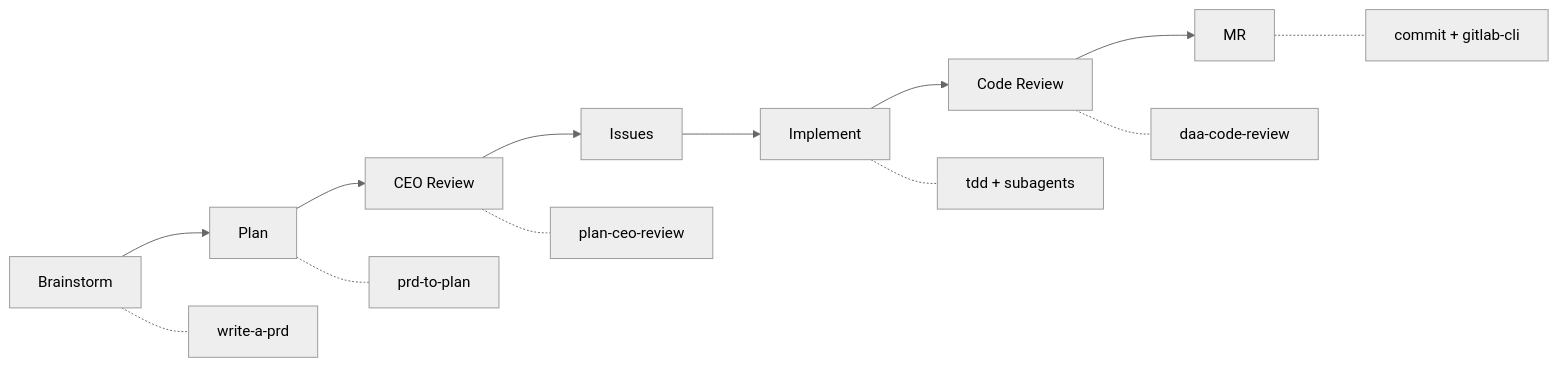
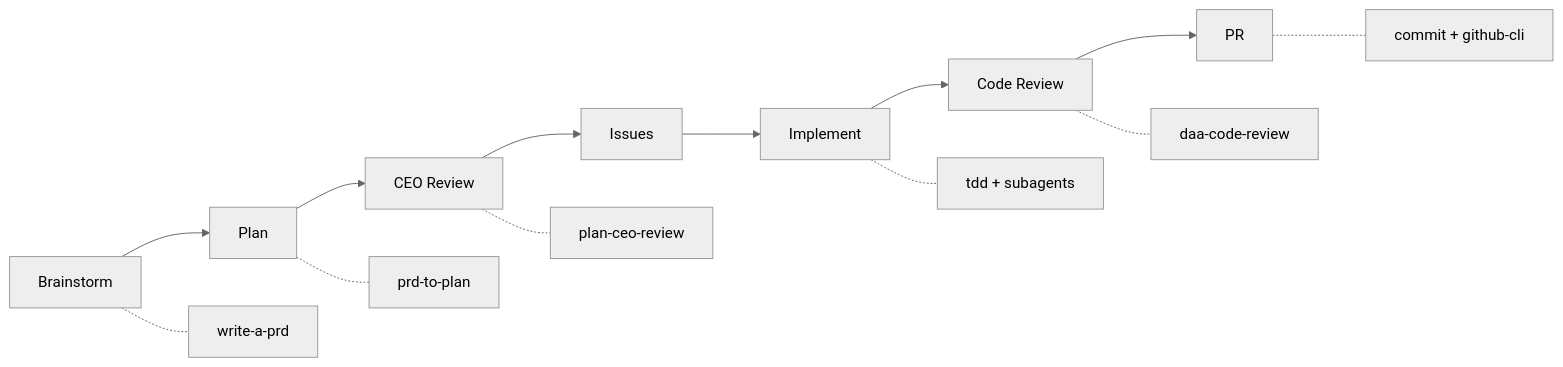
The fourth of 4 diagrams in README.md (cdcoonce/claude-workflow), drawn with Mermaid (neutral theme) before and after one commit. The commit also changed other lines of this file and 26 other files, not shown here.

````diff
--- a/README.md
+++ b/README.md
@@ -350,16 +351,16 @@
 ```mermaid
 flowchart LR
     B[Brainstorm] --> P[Plan]
     P --> R[CEO Review]
     R --> I[Issues]
     I --> IM[Implement]
     IM --> CR[Code Review]
-    CR --> MR[MR]
+    CR --> MR[PR]
 
     B -.- PRD["write-a-prd"]
     P -.- PTP["prd-to-plan"]
     R -.- CEO["plan-ceo-review"]
     IM -.- TDD["tdd + subagents"]
     CR -.- REV["daa-code-review"]
-    MR -.- GL["commit + gitlab-cli"]
+    MR -.- GL["commit + github-cli"]
 ```
````
